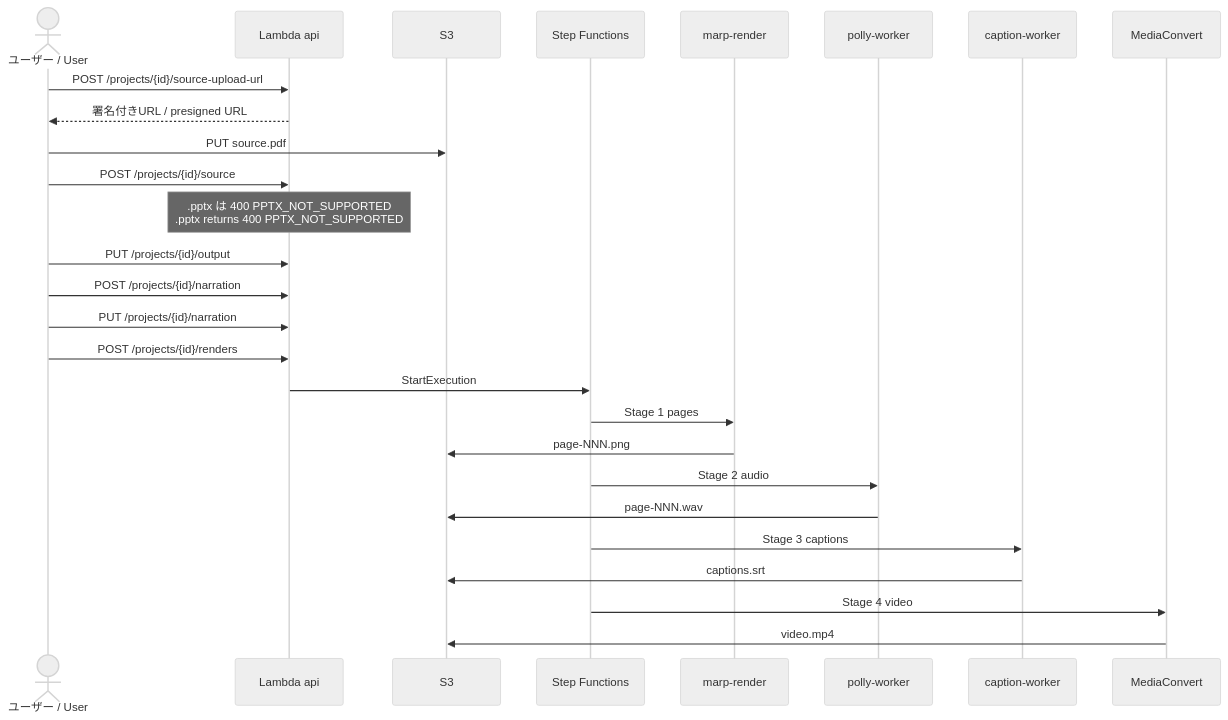
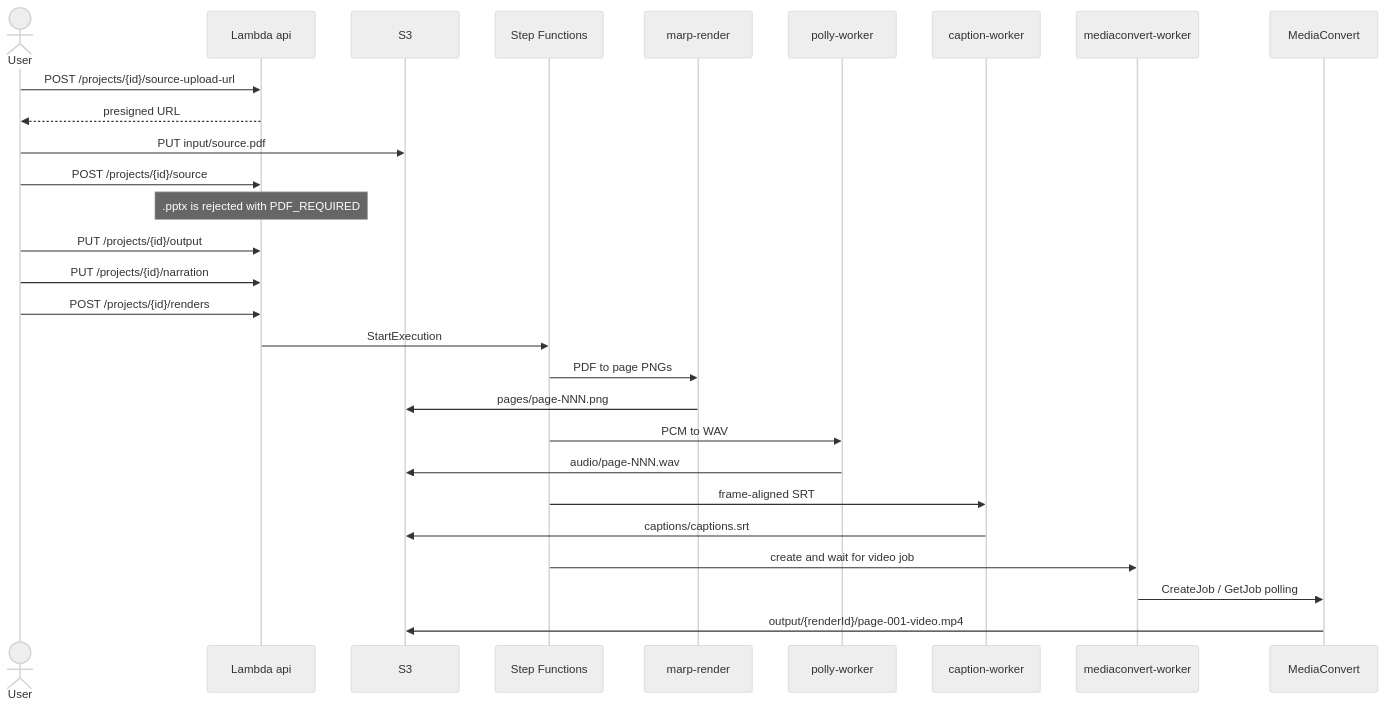
One commit to hide-G/slide-first-ai-video changed the fourth of 5 diagrams in docs/architecture.md. Above: the diagram before and after it, drawn with Mermaid (neutral theme). The commit also changed other lines of this file and 28 other files, not shown here.

````diff
--- a/docs/architecture.md
+++ b/docs/architecture.md
@@ -155,33 +152,31 @@
 ```mermaid
 sequenceDiagram
-    actor U as ユーザー / User
+    actor U as User
     participant API as Lambda api
     participant S3 as S3
     participant SFN as Step Functions
     participant MR as marp-render
     participant PW as polly-worker
     participant CW as caption-worker
+    participant MW as mediaconvert-worker
     participant MC as MediaConvert
 
     U->>API: POST /projects/{id}/source-upload-url
-    API-->>U: 署名付きURL / presigned URL
-    U->>S3: PUT source.pdf
+    API-->>U: presigned URL
+    U->>S3: PUT input/source.pdf
     U->>API: POST /projects/{id}/source
-
-    Note over API: .pptx は 400 PPTX_NOT_SUPPORTED<br/>.pptx returns 400 PPTX_NOT_SUPPORTED
-
+    Note over API: .pptx is rejected with PDF_REQUIRED
     U->>API: PUT /projects/{id}/output
-    U->>API: POST /projects/{id}/narration
     U->>API: PUT /projects/{id}/narration
     U->>API: POST /projects/{id}/renders
     API->>SFN: StartExecution
-
-    SFN->>MR: Stage 1 pages
-    MR->>S3: page-NNN.png
-    SFN->>PW: Stage 2 audio
-    PW->>S3: page-NNN.wav
-    SFN->>CW: Stage 3 captions
-    CW->>S3: captions.srt
-    SFN->>MC: Stage 4 video
-    MC->>S3: video.mp4
+    SFN->>MR: PDF to page PNGs
+    MR->>S3: pages/page-NNN.png
+    SFN->>PW: PCM to WAV
+    PW->>S3: audio/page-NNN.wav
+    SFN->>CW: frame-aligned SRT
+    CW->>S3: captions/captions.srt
+    SFN->>MW: create and wait for video job
+    MW->>MC: CreateJob / GetJob polling
+    MC->>S3: output/{renderId}/page-001-video.mp4
 ```
````
